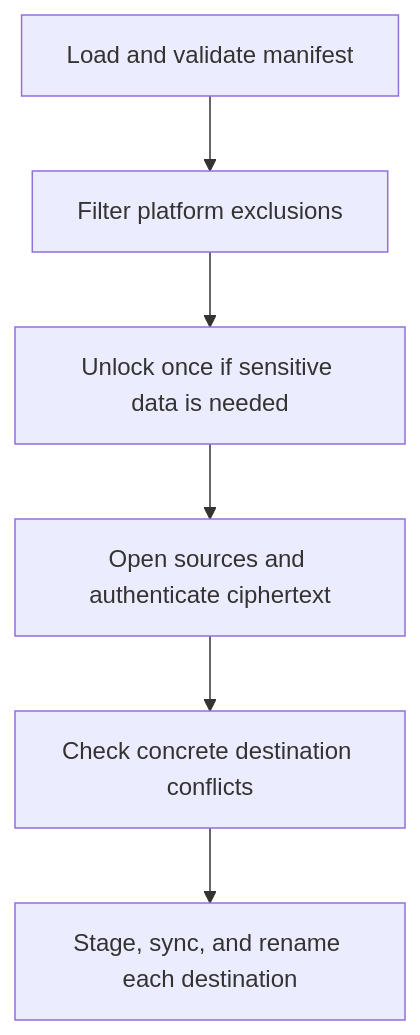
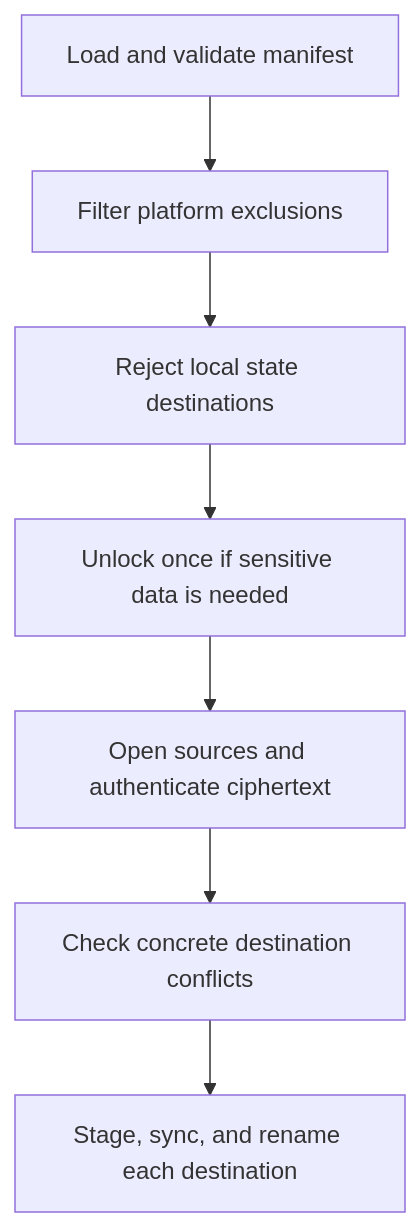
One commit to exdial/susu changed the second of 2 diagrams in docs/design.md. Above: the diagram before and after it, drawn with Mermaid. The commit also changed other lines of this file and 10 other files, not shown here.

````diff
--- a/docs/design.md
+++ b/docs/design.md
@@ -282,8 +284,9 @@
 ```mermaid
 flowchart TB
     Manifest[Load and validate manifest] --> Filter[Filter platform exclusions]
-    Filter --> Unlock[Unlock once if sensitive data is needed]
+    Filter --> StateGuard[Reject local state destinations]
+    StateGuard --> Unlock[Unlock once if sensitive data is needed]
     Unlock --> Preflight[Open sources and authenticate ciphertext]
     Preflight --> Conflicts[Check concrete destination conflicts]
     Conflicts --> Replace[Stage, sync, and rename each destination]
 ```
````
